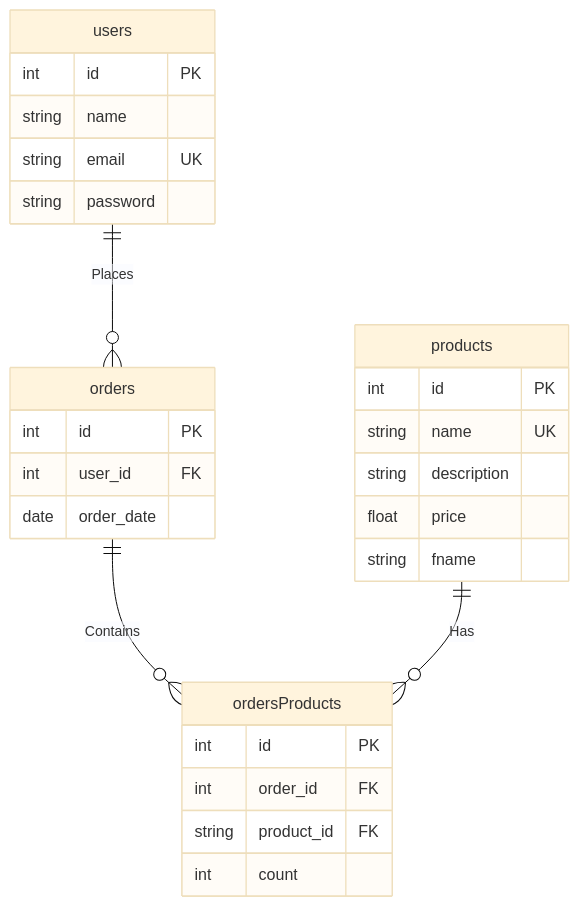
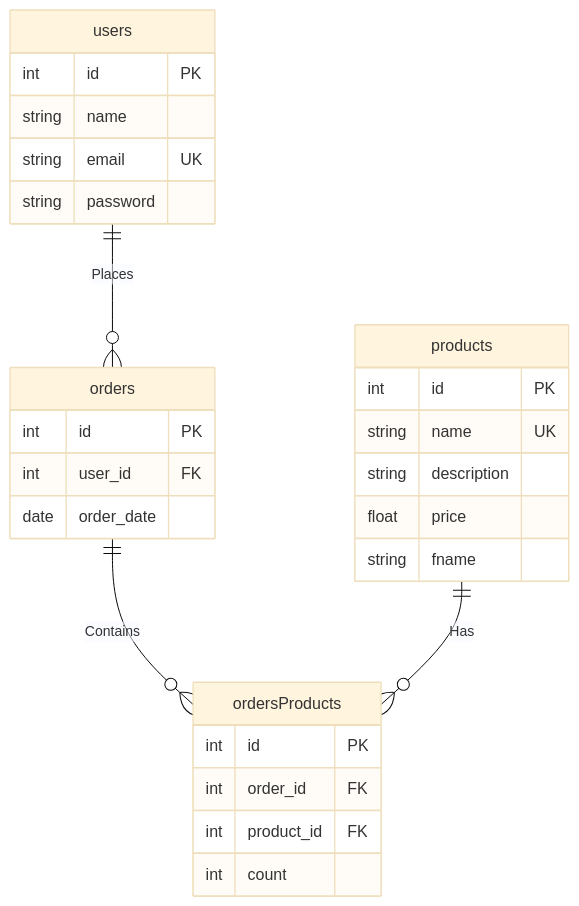
Before and after one commit to JeroenHeemskerk/educom-webshop-database-1712914670: the diagram in Diagrams/ERD.md, drawn with Mermaid (base theme). The commit also changed 5 other files, not shown here.

````diff
--- a/Diagrams/ERD.md
+++ b/Diagrams/ERD.md
@@ -1,30 +1,30 @@
 ```mermaid
 erDiagram
     users ||--o{ orders : Places
     users {
         int    id       PK
         string name
         string email    UK
         string password
     }    
     orders {
         int id      PK
         int user_id FK
         date order_date
     }
     products {
         int    id          PK
         string name        UK
         string description
         float price
         string fname
     }
     orders ||--o{ordersProducts: Contains
     products ||--o{ordersProducts: Has
     ordersProducts {
-        int    id         PK
-        int    order_id   FK
-        string product_id FK
-        int    count
+        int id         PK
+        int order_id   FK
+        int product_id FK
+        int count
     }
 ```
````
